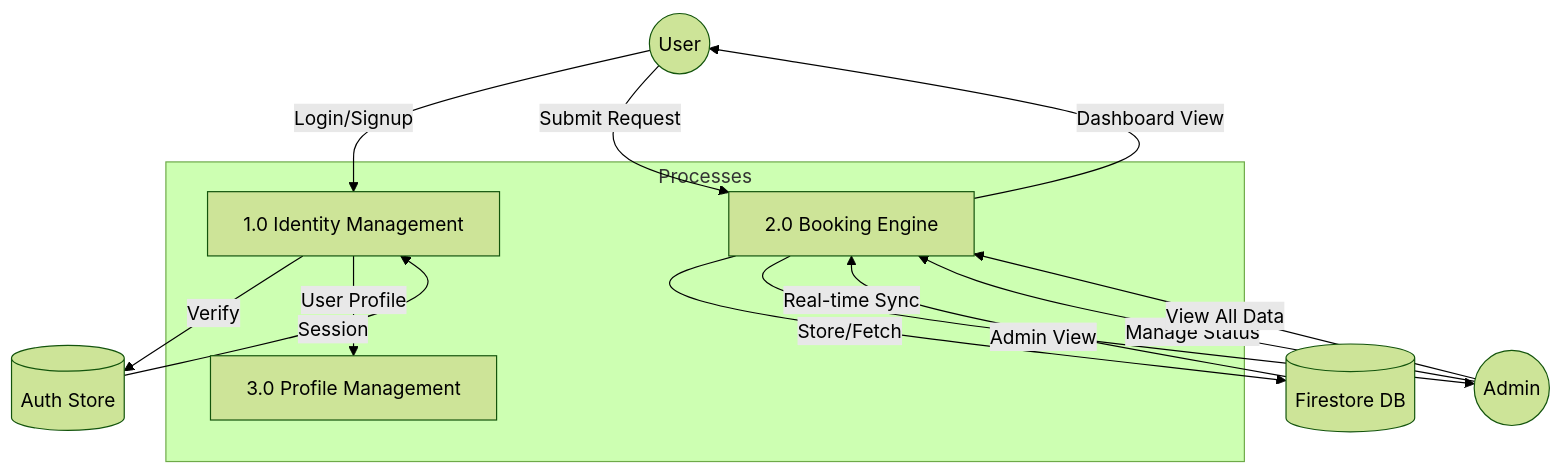
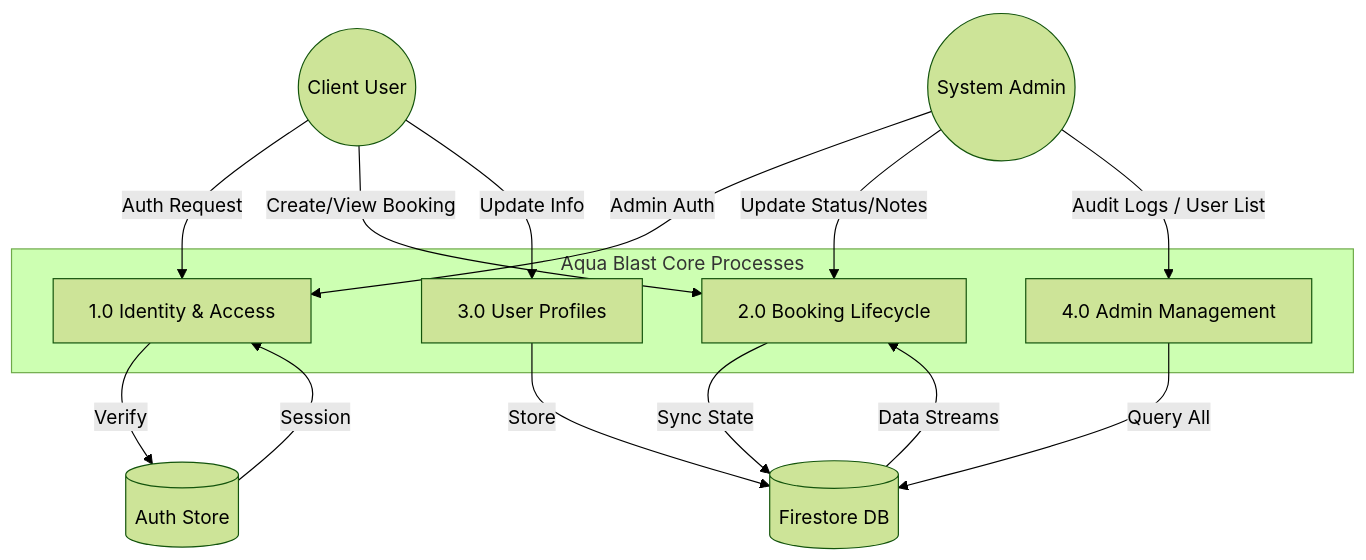
One commit to darbarrahul9999/aquablast-project changed the third of 4 diagrams in README.md. Above: the diagram before and after it, drawn with Mermaid (forest theme). The commit also changed other lines of this file, not shown here.

First line of the commit message:
docs: Update README with RBAC and ER diagram

````diff
--- a/README.md
+++ b/README.md
@@ -143,28 +153,31 @@
 ```mermaid
 graph TD
-    User((User))
-    Admin((Admin))
+    User((Client User))
+    Admin((System Admin))
     
-    subgraph Processes
-        P1[1.0 Identity Management]
-        P2[2.0 Booking Engine]
-        P3[3.0 Profile Management]
+    subgraph "Aqua Blast Core Processes"
+        P1[1.0 Identity & Access]
+        P2[2.0 Booking Lifecycle]
+        P3[3.0 User Profiles]
+        P4[4.0 Admin Management]
     end
     
     D1[(Auth Store)]
     D2[(Firestore DB)]
 
-    User -- Login/Signup --> P1
-    P1 -- Verify --> D1
-    D1 -- Session --> P1
-    P1 -- User Profile --> P3
+    User -- "Auth Request" --> P1
+    Admin -- "Admin Auth" --> P1
+    P1 -- "Verify" --> D1
+    D1 -- "Session" --> P1
     
-    User -- Submit Request --> P2
-    P2 -- Store/Fetch --> D2
-    D2 -- Real-time Sync --> P2
-    P2 -- Dashboard View --> User
+    User -- "Create/View Booking" --> P2
+    Admin -- "Update Status/Notes" --> P2
+    P2 -- "Sync State" --> D2
+    D2 -- "Data Streams" --> P2
     
-    Admin -- Manage Status --> P2
-    Admin -- View All Data --> P2
-    P2 -- Admin View --> Admin
+    User -- "Update Info" --> P3
+    P3 -- "Store" --> D2
+    
+    Admin -- "Audit Logs / User List" --> P4
+    P4 -- "Query All" --> D2
 ```
````
